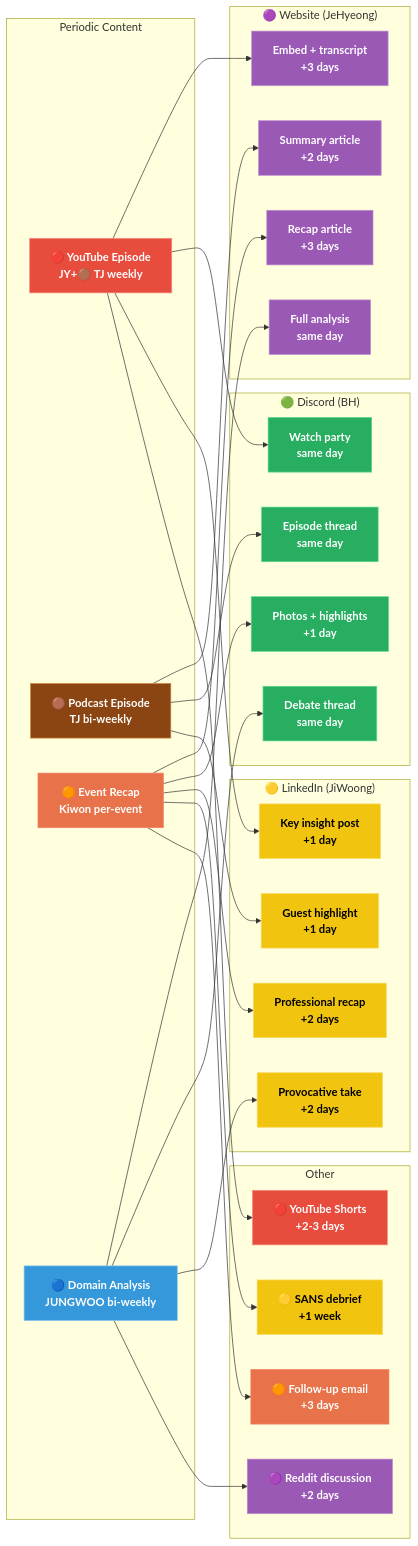
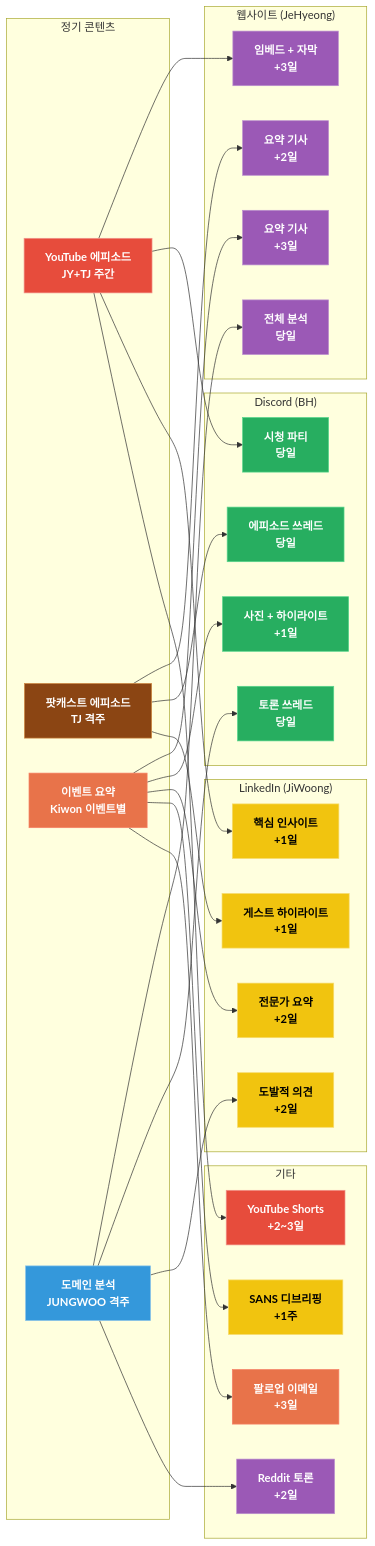
One commit to JeHyeong2/hypeprooflab changed the diagram in products/hypeproof-workflow-diagrams/d6b-color.mmd. Above: the diagram before and after it, drawn with Mermaid. The commit also changed 38 other files, not shown here.

First line of the commit message:
diagrams: convert all to Korean + font 18px + QA pass 19/19

```diff
--- a/products/hypeproof-workflow-diagrams/d6b-color.mmd
+++ b/products/hypeproof-workflow-diagrams/d6b-color.mmd
@@ -1,74 +1,74 @@
 flowchart LR
-    subgraph SRC["Periodic Content"]
-        C3["🔴 YouTube Episode<br/>JY+🟤 TJ weekly"]
-        C4["🟤 Podcast Episode<br/>TJ bi-weekly"]
-        C5["🟠 Event Recap<br/>Kiwon per-event"]
-        C6["🔵 Domain Analysis<br/>JUNGWOO bi-weekly"]
+    subgraph SRC["정기 콘텐츠"]
+        C3["YouTube 에피소드<br/>JY+TJ 주간"]
+        C4["팟캐스트 에피소드<br/>TJ 격주"]
+        C5["이벤트 요약<br/>Kiwon 이벤트별"]
+        C6["도메인 분석<br/>JUNGWOO 격주"]
     end
 
-    subgraph WEB["🟣 Website (JeHyeong)"]
-        W3["Embed + transcript<br/>+3 days"]
-        W4["Summary article<br/>+2 days"]
-        W5["Recap article<br/>+3 days"]
-        W6["Full analysis<br/>same day"]
+    subgraph WEB["웹사이트 (JeHyeong)"]
+        W3["임베드 + 자막<br/>+3일"]
+        W4["요약 기사<br/>+2일"]
+        W5["요약 기사<br/>+3일"]
+        W6["전체 분석<br/>당일"]
     end
 
-    subgraph DISC["🟢 Discord (BH)"]
-        D3["Watch party<br/>same day"]
-        D4["Episode thread<br/>same day"]
-        D5["Photos + highlights<br/>+1 day"]
-        D6["Debate thread<br/>same day"]
+    subgraph DISC["Discord (BH)"]
+        D3["시청 파티<br/>당일"]
+        D4["에피소드 쓰레드<br/>당일"]
+        D5["사진 + 하이라이트<br/>+1일"]
+        D6["토론 쓰레드<br/>당일"]
     end
 
-    subgraph LI["🟡 LinkedIn (JiWoong)"]
-        L3["Key insight post<br/>+1 day"]
-        L4["Guest highlight<br/>+1 day"]
-        L5["Professional recap<br/>+2 days"]
-        L6["Provocative take<br/>+2 days"]
+    subgraph LI["LinkedIn (JiWoong)"]
+        L3["핵심 인사이트<br/>+1일"]
+        L4["게스트 하이라이트<br/>+1일"]
+        L5["전문가 요약<br/>+2일"]
+        L6["도발적 의견<br/>+2일"]
     end
 
-    subgraph OTHER["Other"]
-        O3["🔴 YouTube Shorts<br/>+2-3 days"]
-        O5a["🟡 SANS debrief<br/>+1 week"]
-        O5b["🟠 Follow-up email<br/>+3 days"]
-        R6["🟣 Reddit discussion<br/>+2 days"]
+    subgraph OTHER["기타"]
+        O3["YouTube Shorts<br/>+2~3일"]
+        O5a["SANS 디브리핑<br/>+1주"]
+        O5b["팔로업 이메일<br/>+3일"]
+        R6["Reddit 토론<br/>+2일"]
     end
 
     C3 --> W3
     C3 --> D3
     C3 --> L3
     C3 --> O3
 
     C4 --> W4
     C4 --> D4
     C4 --> L4
 
     C5 --> W5
     C5 --> D5
     C5 --> L5
     C5 --> O5a
     C5 --> O5b
 
     C6 --> W6
     C6 --> D6
     C6 --> L6
     C6 --> R6
 
     classDef jay fill:#1f6feb,stroke:#388bfd,color:#fff,font-weight:bold
     classDef kiwon fill:#e8734a,stroke:#f78166,color:#fff,font-weight:bold
     classDef jiwoong fill:#f1c40f,stroke:#f7dc6f,color:#000,font-weight:bold
     classDef jy fill:#e74c3c,stroke:#f1948a,color:#fff,font-weight:bold
     classDef tj fill:#8b4513,stroke:#cd853f,color:#fff,font-weight:bold
     classDef jehyeong fill:#9b59b6,stroke:#bb8fce,color:#fff,font-weight:bold
     classDef bh fill:#27ae60,stroke:#58d68d,color:#fff,font-weight:bold
     classDef jungwoo fill:#3498db,stroke:#85c1e9,color:#fff,font-weight:bold
     classDef ryan fill:#95a5a6,stroke:#bdc3c7,color:#000,font-weight:bold
     classDef mother fill:#0d1117,stroke:#58a6ff,color:#58a6ff,font-weight:bold,stroke-width:2px
 
     class C3,O3 jy
     class C4 tj
     class C5,O5b kiwon
     class C6 jungwoo
     class W3,W4,W5,W6,R6 jehyeong
     class D3,D4,D5,D6 bh
     class L3,L4,L5,L6,O5a jiwoong
```
